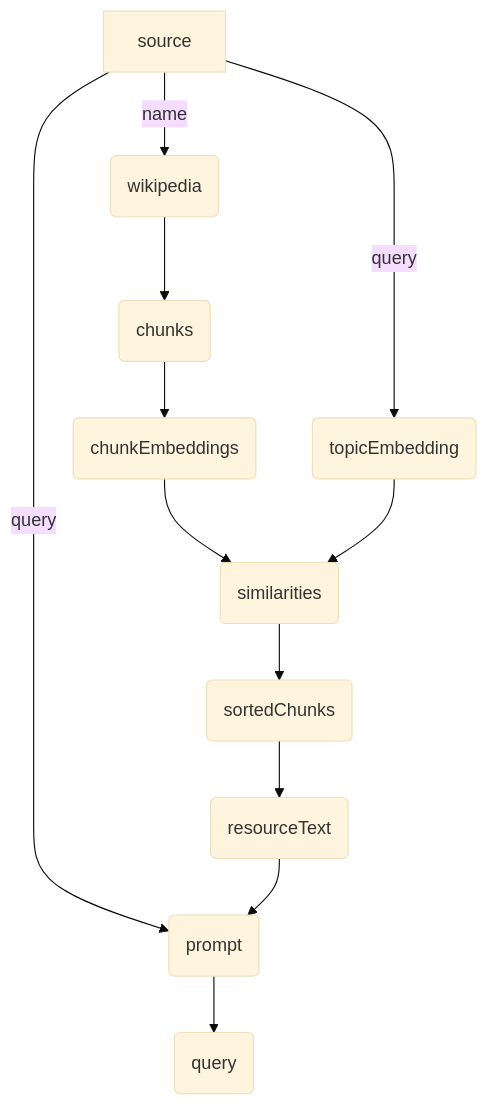
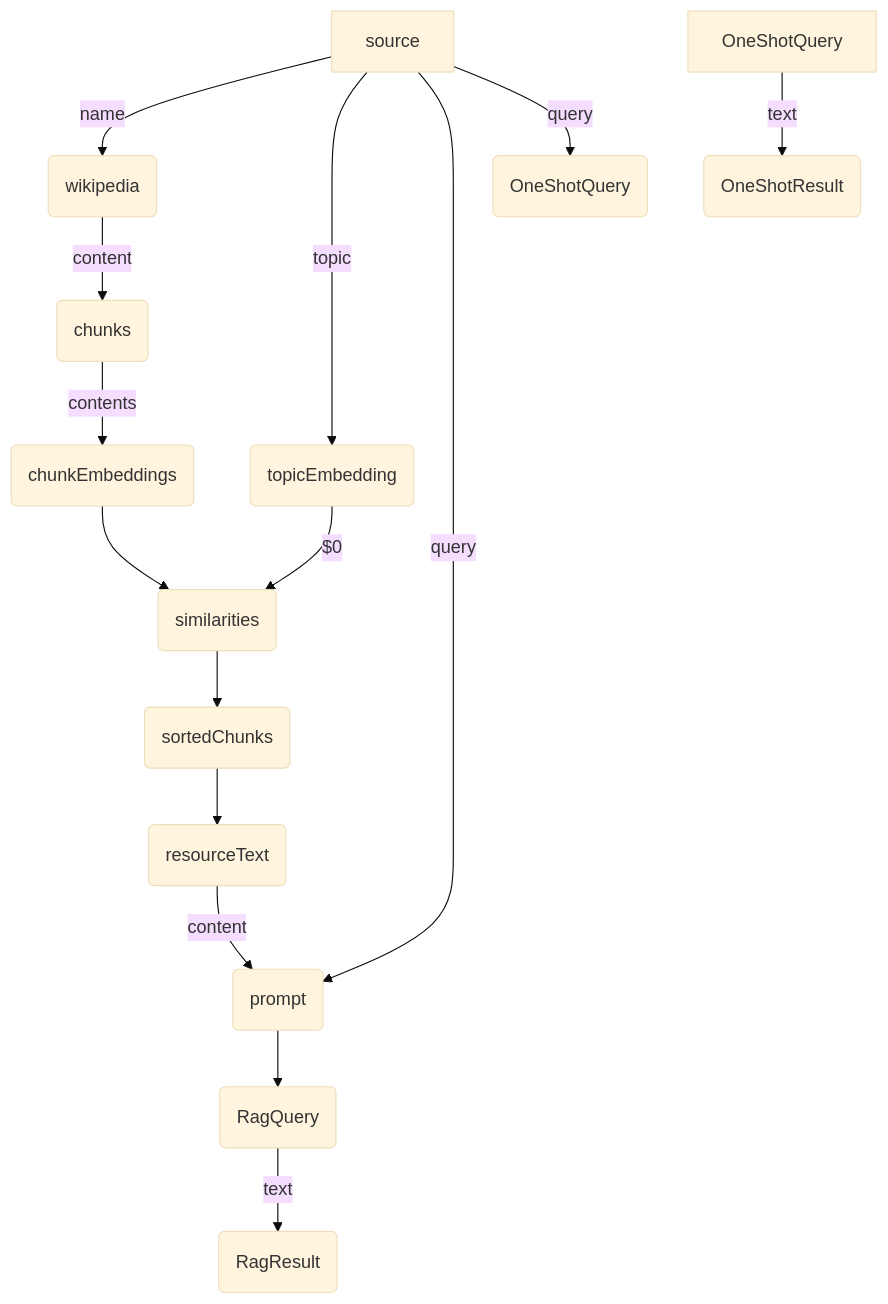
One commit to receptron/graphai changed the first of 5 diagrams in packages/graphai/README.md. Above: the diagram before and after it, drawn with Mermaid (base theme). The commit also changed other lines of this file, not shown here.

````diff
--- a/packages/graphai/README.md
+++ b/packages/graphai/README.md
@@ -104,14 +104,17 @@
 ```mermaid
 flowchart TD
  source -- name --> wikipedia(wikipedia)
- source -- query --> topicEmbedding(topicEmbedding)
- wikipedia --> chunks(chunks)
- chunks --> chunkEmbeddings(chunkEmbeddings)
+ wikipedia -- content --> chunks(chunks)
+ chunks -- contents --> chunkEmbeddings(chunkEmbeddings)
+ source -- topic --> topicEmbedding(topicEmbedding)
  chunkEmbeddings --> similarities(similarities)
- topicEmbedding --> similarities
+ topicEmbedding -- $0 --> similarities
  similarities --> sortedChunks(sortedChunks)
  sortedChunks --> referenceText(resourceText)
+ referenceText -- content --> prompt
  source -- query --> prompt(prompt)
- referenceText --> prompt
- prompt --> RagQuery(query)
+ prompt --> RagQuery(RagQuery)
+ source -- query --> OnShotQuery(OneShotQuery)
+ RagQuery -- text --> RagResult(RagResult)
+ OneShotQuery -- text --> OneShotResult(OneShotResult)
 ```
````
